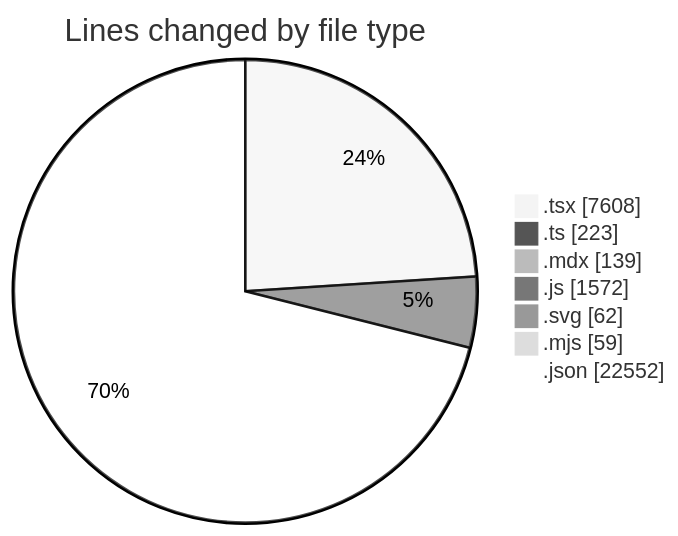
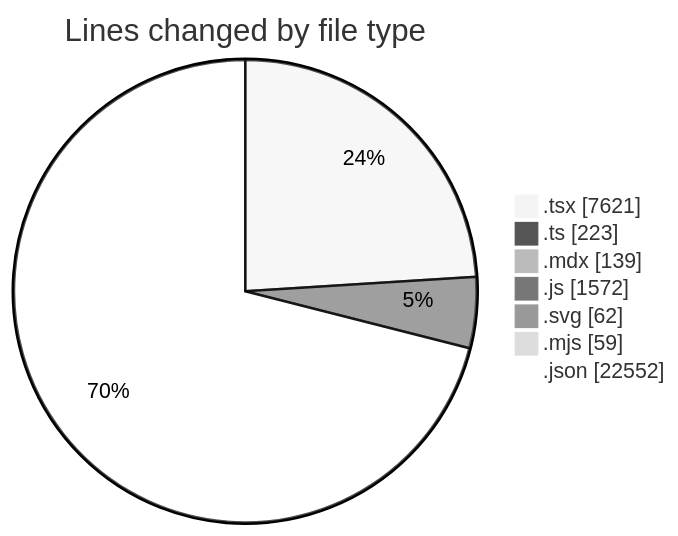
The first of 2 diagrams in 2025-05-10/elitesun/README.md (Elitesun/code-tracking), drawn with Mermaid (neutral theme) before and after one commit. The commit also changed other lines of this file and 1 other file, not shown here.

````diff
--- a/2025-05-10/elitesun/README.md
+++ b/2025-05-10/elitesun/README.md
@@ -45,11 +45,11 @@
 ```mermaid
 pie showData
 title Lines changed by file type
-".tsx" : 7608
+".tsx" : 7621
 ".ts" : 223
 ".mdx" : 139
 ".js" : 1572
 ".svg" : 62
 ".mjs" : 59
 ".json" : 22552
 ```
````
